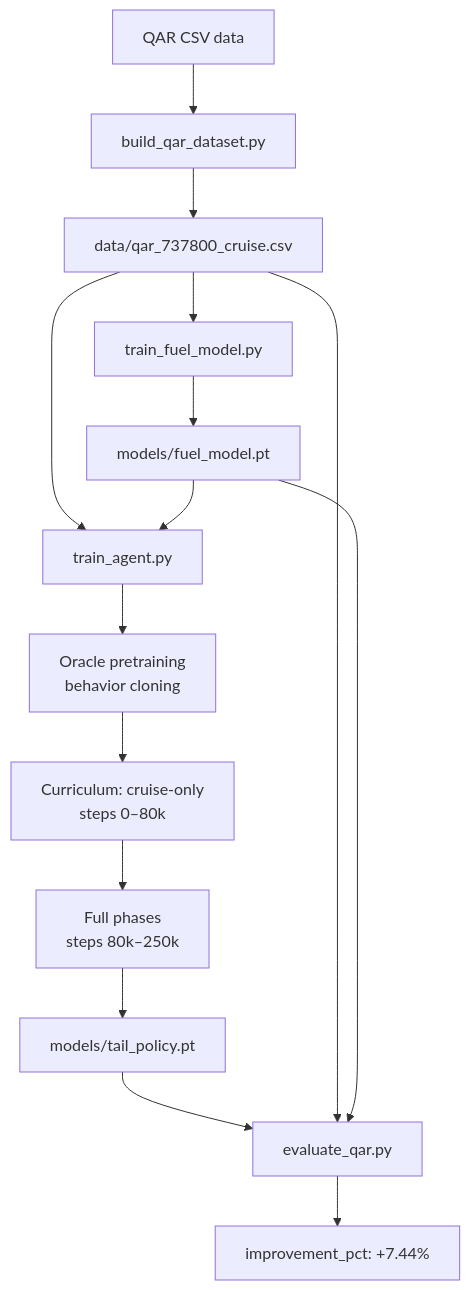
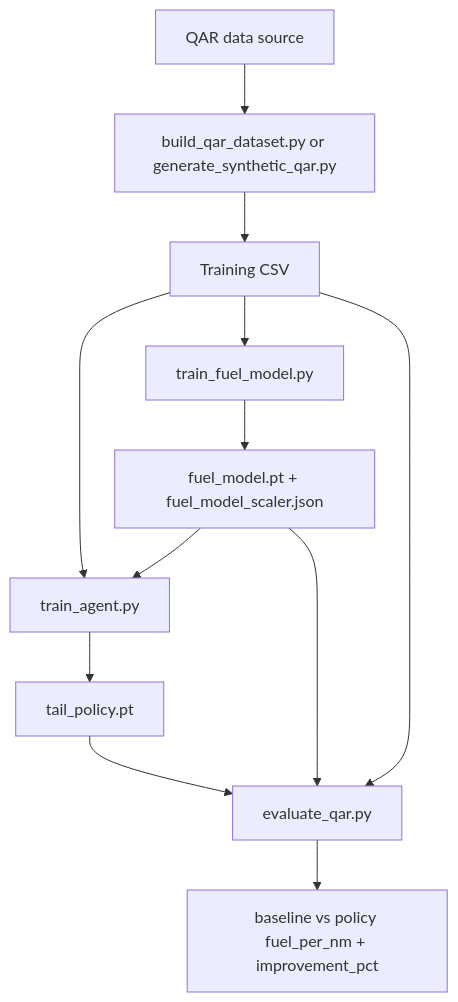
Before and after one commit to samratkar/samratkar.github.io: the first of 2 diagrams in _posts/concepts/drl/src/mach-predictor/README.md, drawn with Mermaid. The commit also changed other lines of this file and 5 other files, not shown here.

````diff
--- a/_posts/concepts/drl/src/mach-predictor/README.md
+++ b/_posts/concepts/drl/src/mach-predictor/README.md
@@ -575,17 +25,14 @@
 ```mermaid
 flowchart TD
-    A[QAR CSV data] --> B[build_qar_dataset.py]
-    B --> C[data/qar_737800_cruise.csv]
+    A[QAR data source] --> B[build_qar_dataset.py or generate_synthetic_qar.py]
+    B --> C[Training CSV]
     C --> D[train_fuel_model.py]
-    D --> E[models/fuel_model.pt]
+    D --> E[fuel_model.pt + fuel_model_scaler.json]
     C --> F[train_agent.py]
     E --> F
-    F --> G[Oracle pretraining\nbehavior cloning]
-    G --> H[Curriculum: cruise-only\nsteps 0–80k]
-    H --> I[Full phases\nsteps 80k–250k]
-    I --> J[models/tail_policy.pt]
-    J --> K[evaluate_qar.py]
-    C --> K
-    E --> K
-    K --> L[improvement_pct: +7.44%]
+    F --> G[tail_policy.pt]
+    G --> H[evaluate_qar.py]
+    E --> H
+    C --> H
+    H --> I[baseline vs policy fuel_per_nm + improvement_pct]
 ```
````
